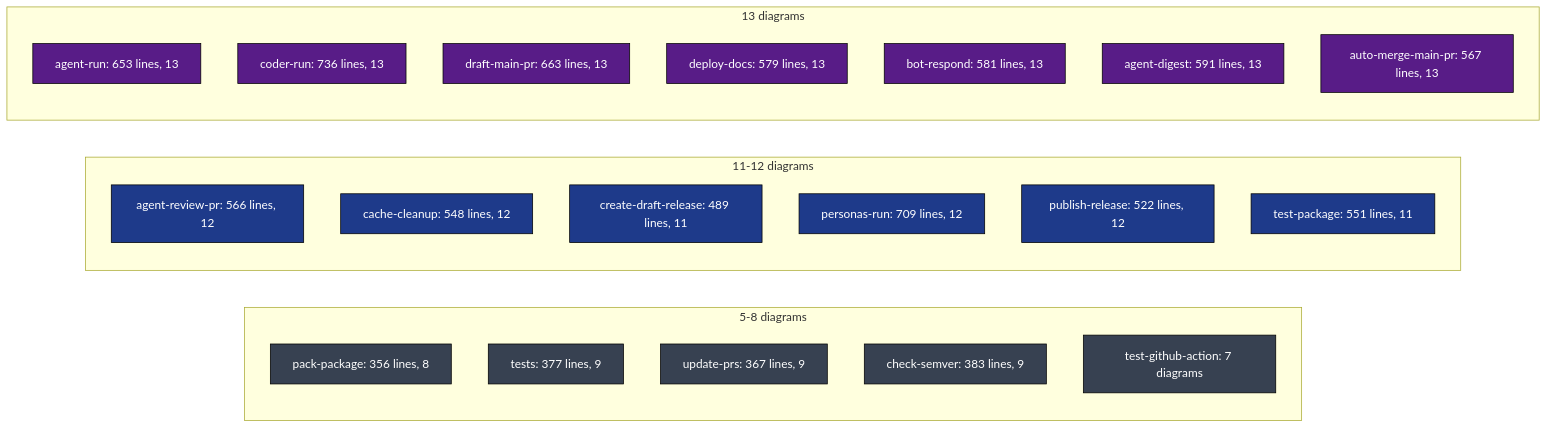
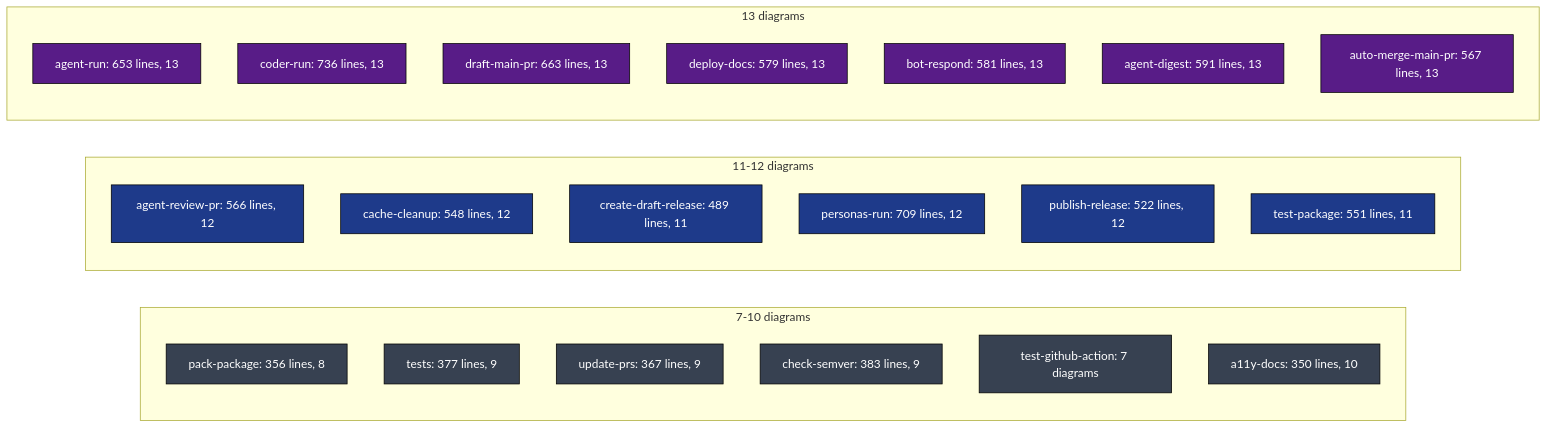
One commit to llm-exe/llm-exe changed the second of 2 diagrams in .github/docs/WORKFLOWS_INDEX.md. Above: the diagram before and after it, drawn with Mermaid. The commit also changed other lines of this file and 1 other file, not shown here.

Commit message:
docs: add a11y-docs to WORKFLOWS_INDEX diagrams
a11y-docs.yml had a catalog table row but was missing from both mermaid
diagrams. Adds it to the CI hygiene topology subgraph and the At a glance
size graph, and corrects the Small bucket label from '5-8 diagrams' to
'7-10 diagrams' (it already held three 9-diagram entries).

````diff
--- a/.github/docs/WORKFLOWS_INDEX.md
+++ b/.github/docs/WORKFLOWS_INDEX.md
@@ -113,33 +114,34 @@
 ```mermaid
 flowchart LR
     classDef sm fill:#374151,color:#fff,stroke:#000
     classDef md fill:#1e3a8a,color:#fff,stroke:#000
     classDef lg fill:#581c87,color:#fff,stroke:#000
 
-    subgraph Small["5-8 diagrams"]
+    subgraph Small["7-10 diagrams"]
         S1["pack-package: 356 lines, 8"]:::sm
         S2["tests: 377 lines, 9"]:::sm
         S3["update-prs: 367 lines, 9"]:::sm
         S4["check-semver: 383 lines, 9"]:::sm
         S5["test-github-action: 7 diagrams"]:::sm
+        S6["a11y-docs: 350 lines, 10"]:::sm
     end
 
     subgraph Medium["11-12 diagrams"]
         M1["agent-review-pr: 566 lines, 12"]:::md
         M2["cache-cleanup: 548 lines, 12"]:::md
         M3["create-draft-release: 489 lines, 11"]:::md
         M4["personas-run: 709 lines, 12"]:::md
         M5["publish-release: 522 lines, 12"]:::md
         M6["test-package: 551 lines, 11"]:::md
     end
 
     subgraph Large["13 diagrams"]
         L1["agent-run: 653 lines, 13"]:::lg
         L2["coder-run: 736 lines, 13"]:::lg
         L3["draft-main-pr: 663 lines, 13"]:::lg
         L4["deploy-docs: 579 lines, 13"]:::lg
         L5["bot-respond: 581 lines, 13"]:::lg
         L6["agent-digest: 591 lines, 13"]:::lg
         L7["auto-merge-main-pr: 567 lines, 13"]:::lg
     end
 ```
````
